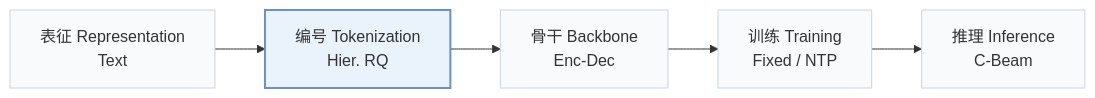
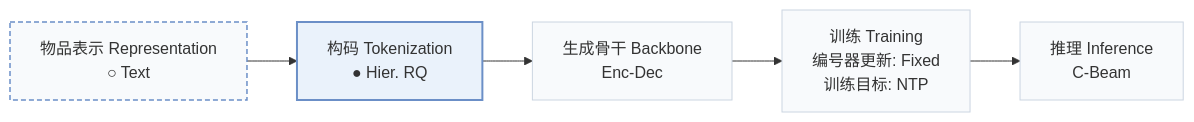
One commit to Galaxy-ghost/Awesome-SID-Generative-Rec changed the first of 3 diagrams in pages/zh/papers/hid-vae.md. Above: the diagram before and after it, drawn with Mermaid. The commit also changed other lines of this file and 558 other files, not shown here.

````diff
--- a/pages/zh/papers/hid-vae.md
+++ b/pages/zh/papers/hid-vae.md
@@ -15,8 +18,10 @@
 ```mermaid
 flowchart LR
-    R["表征 Representation<br/>Text"] --> T["编号 Tokenization<br/>Hier. RQ"] --> B["骨干 Backbone<br/>Enc-Dec"] --> TR["训练 Training<br/>Fixed / NTP"] --> I["推理 Inference<br/>C-Beam"]
+    R["物品表示 Representation<br/>○ Text"] --> T["构码 Tokenization<br/>● Hier. RQ"] --> B["生成骨干 Backbone<br/>Enc-Dec"] --> TR["训练 Training<br/>编号器更新: Fixed<br/>训练目标: NTP"] --> I["推理 Inference<br/>C-Beam"]
     classDef base fill:#f8fafc,stroke:#cbd5e1
     class R,T,B,TR,I base
+    classDef other fill:#f8fafc,stroke:#6b8fc7,stroke-width:1.5px,stroke-dasharray:5 3
+    class R other
     classDef main fill:#eaf2fb,stroke:#6b8fc7,stroke-width:2px
     class T main
 ```
````
